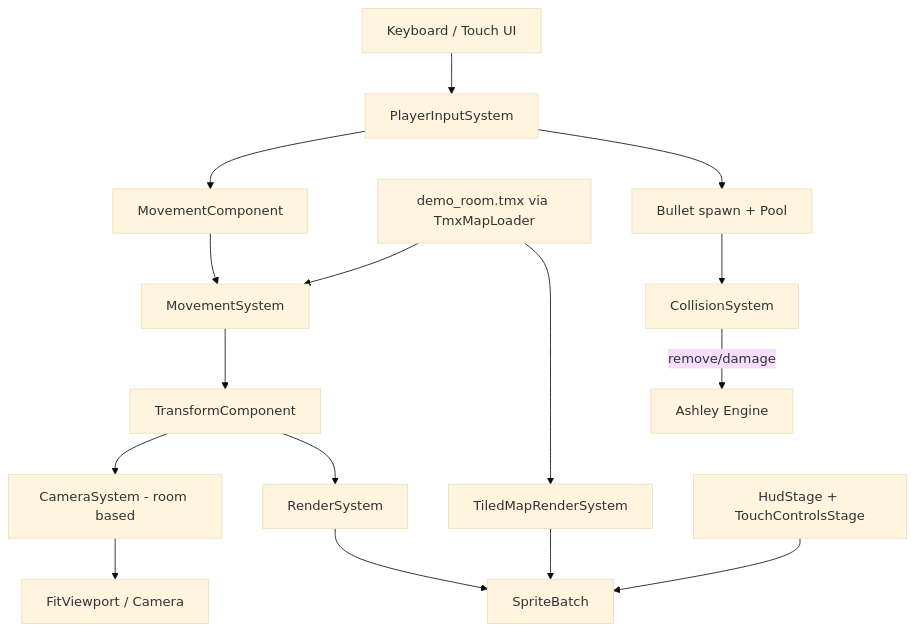
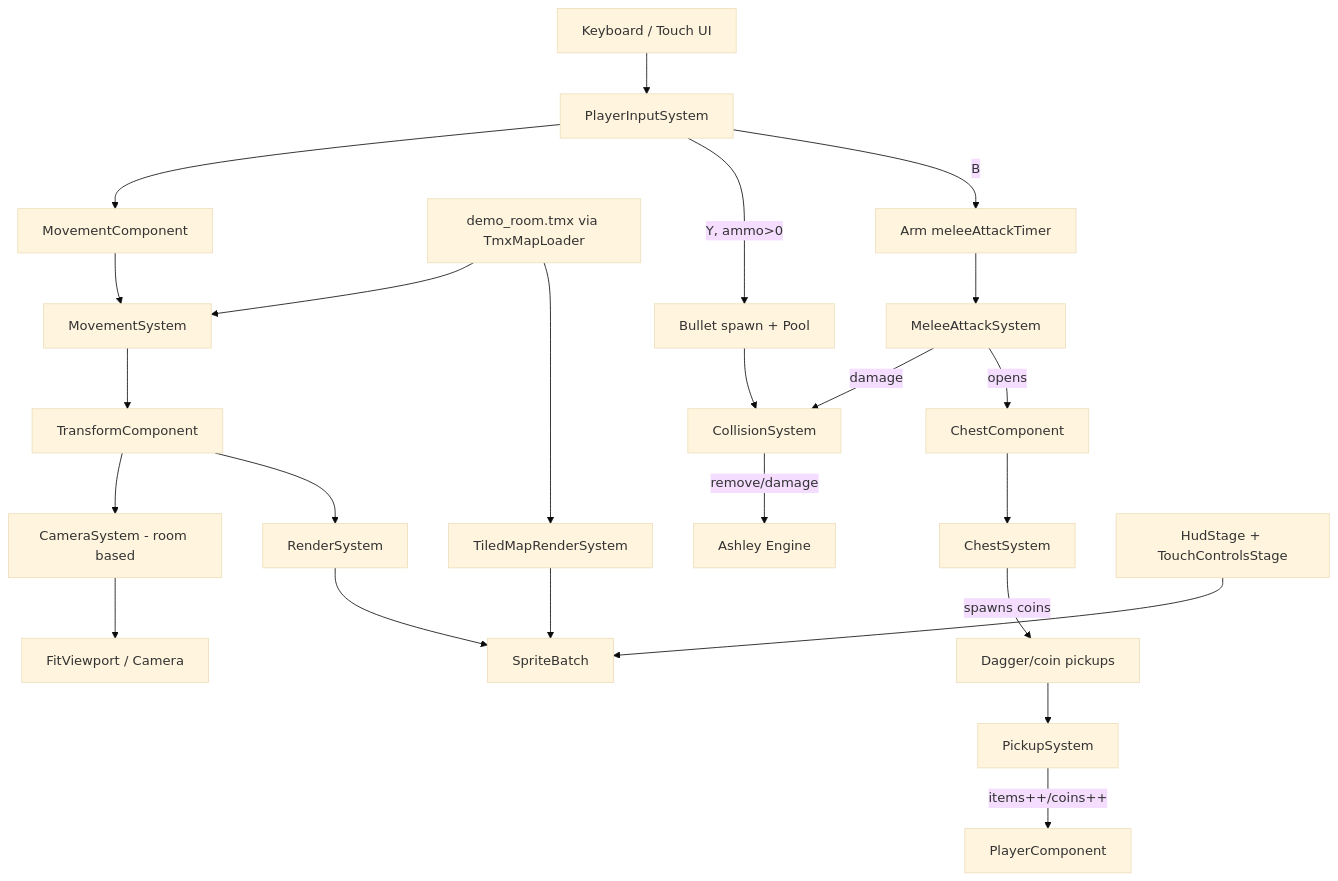
Before and after one commit to axehigh/platformer-origin: the diagram in .junie/plans/pixel-platformer-ecs-setup.md, drawn with Mermaid (base theme). The commit also changed other lines of this file and 25 other files, not shown here.

First line of the commit message:
Add melee attack system, chest interactions, and item pickups

````diff
--- a/.junie/plans/pixel-platformer-ecs-setup.md
+++ b/.junie/plans/pixel-platformer-ecs-setup.md
@@ -104,18 +177,26 @@
 ```mermaid
 graph TD
   Input[Keyboard / Touch UI] --> PIS[PlayerInputSystem]
   PIS --> MC[MovementComponent]
   MC --> MS[MovementSystem]
   Map[demo_room.tmx via TmxMapLoader] --> MS
   MS --> TC[TransformComponent]
   TC --> CamSys[CameraSystem - room based]
   TC --> RS[RenderSystem]
   Map --> TMRS[TiledMapRenderSystem]
-  PIS --> BulletSpawn[Bullet spawn + Pool]
+  PIS -->|Y, ammo>0| BulletSpawn[Bullet spawn + Pool]
   BulletSpawn --> CS[CollisionSystem]
+  PIS -->|B| MeleeArm[Arm meleeAttackTimer]
+  MeleeArm --> MAS[MeleeAttackSystem]
+  MAS -->|damage| CS
   CS -->|remove/damage| Engine[Ashley Engine]
+  Pickups[Dagger/coin pickups] --> PS[PickupSystem]
+  PS -->|items++/coins++| PC[PlayerComponent]
+  MAS -->|opens| ChestC[ChestComponent]
+  ChestC --> ChestSys[ChestSystem]
+  ChestSys -->|spawns coins| Pickups
   CamSys --> Viewport[FitViewport / Camera]
   RS --> Batch[SpriteBatch]
   TMRS --> Batch
   HUD[HudStage + TouchControlsStage] --> Batch
 ```
````
